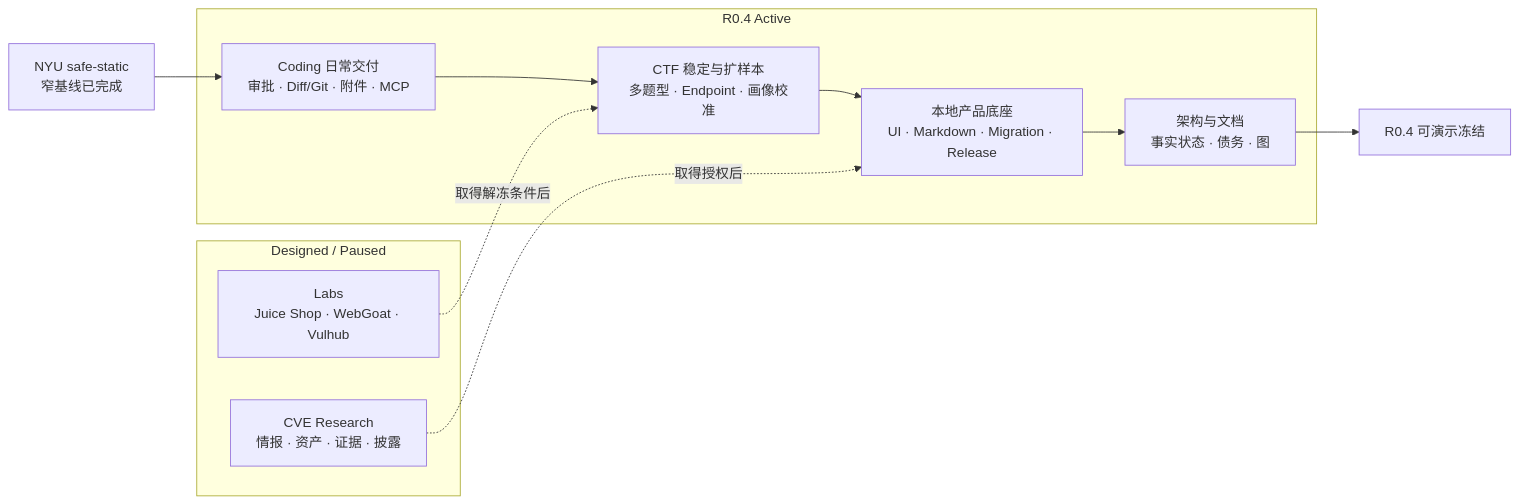
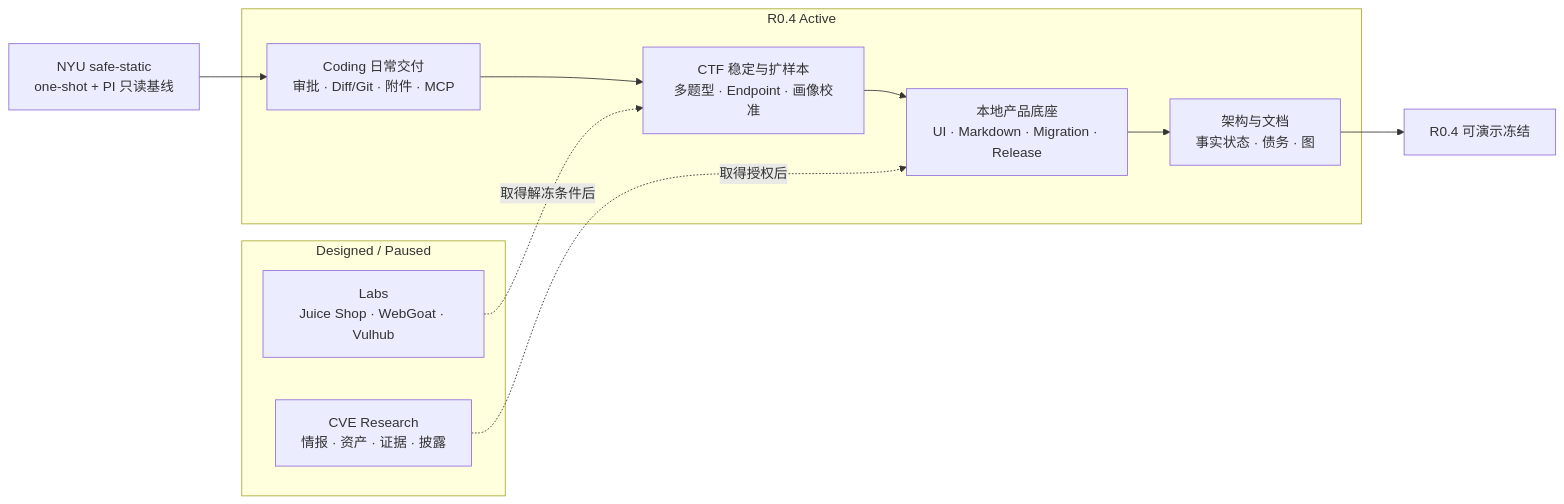
Before and after one commit to MilkSU-Official/milksu: the first of 3 diagrams in docs/architecture/m3-r04-boundary-and-debt.md, drawn with Mermaid. The commit also changed other lines of this file and 20 other files, not shown here.

````diff
--- a/docs/architecture/m3-r04-boundary-and-debt.md
+++ b/docs/architecture/m3-r04-boundary-and-debt.md
@@ -42,22 +42,22 @@
 ```mermaid
 flowchart LR
     subgraph active["R0.4 Active"]
         coding["Coding 日常交付<br/>审批 · Diff/Git · 附件 · MCP"]
         ctf["CTF 稳定与扩样本<br/>多题型 · Endpoint · 画像校准"]
         foundation["本地产品底座<br/>UI · Markdown · Migration · Release"]
         docs["架构与文档<br/>事实状态 · 债务 · 图"]
     end
 
-    eval["NYU safe-static<br/>窄基线已完成"]
+    eval["NYU safe-static<br/>one-shot + PI 只读基线"]
     release["R0.4 可演示冻结"]
 
     subgraph paused["Designed / Paused"]
         labs["Labs<br/>Juice Shop · WebGoat · Vulhub"]
         cve["CVE Research<br/>情报 · 资产 · 证据 · 披露"]
     end
 
     eval --> coding
     coding --> ctf --> foundation --> docs --> release
     labs -. "取得解冻条件后" .-> ctf
     cve -. "取得授权后" .-> foundation
 ```
````
